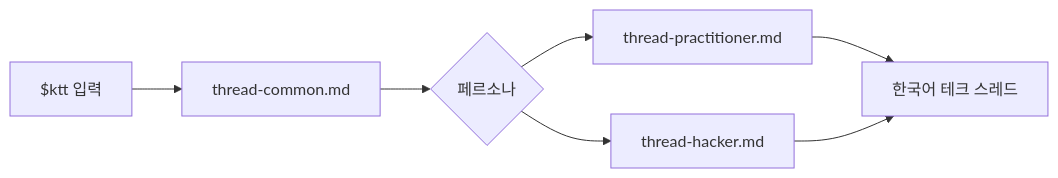
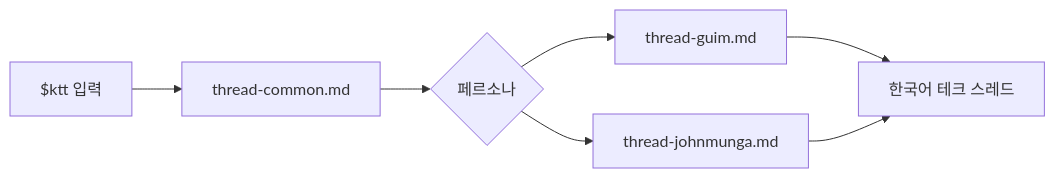
Before and after one commit to dextune/korean-tech-threader: the diagram in README.md, drawn with Mermaid. The commit also changed other lines of this file and 3 other files, not shown here.

````diff
--- a/README.md
+++ b/README.md
@@ -125,9 +125,9 @@
 ```mermaid
 flowchart LR
     A["$ktt 입력"] --> B["thread-common.md"]
     B --> C{"페르소나"}
-    C --> D["thread-practitioner.md"]
-    C --> E["thread-hacker.md"]
+    C --> D["thread-guim.md"]
+    C --> E["thread-johnmunga.md"]
     D --> F["한국어 테크 스레드"]
     E --> F
 ```
````
